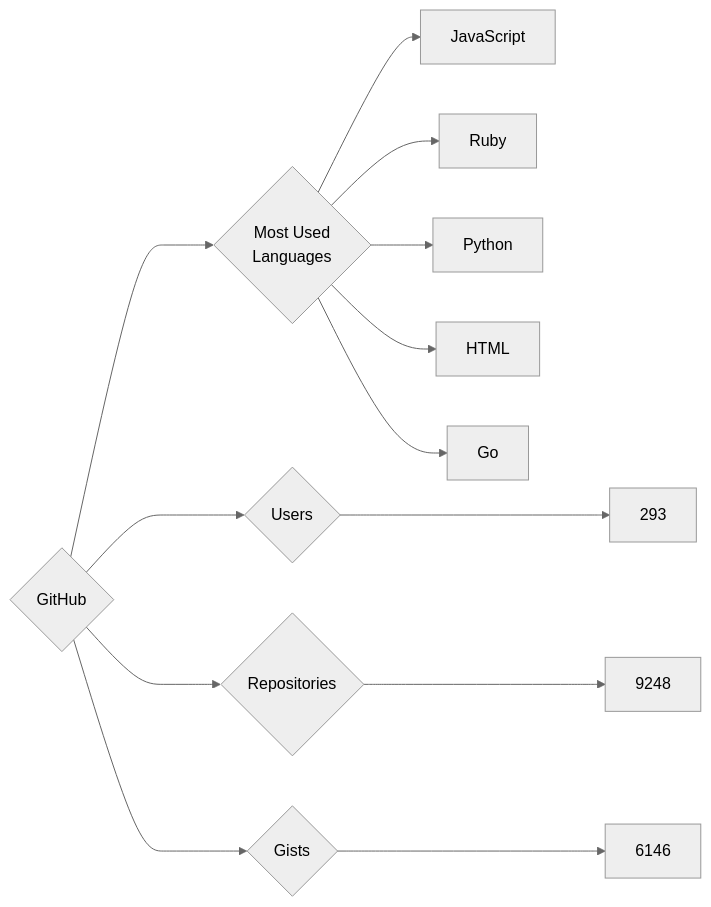
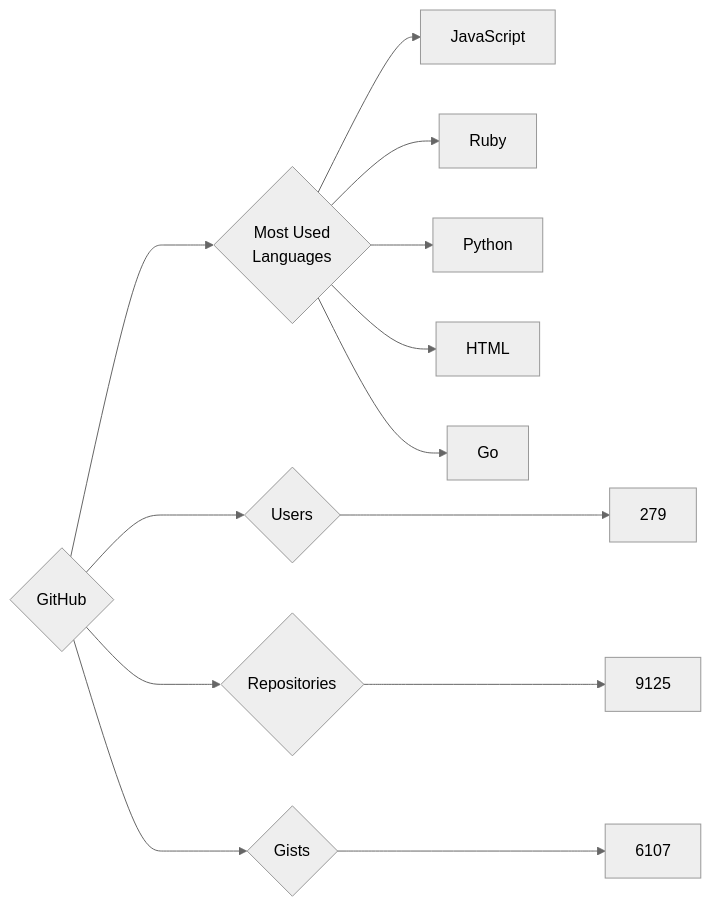
One commit to trickest/insiders changed the diagram in targets/GitHub/README.md. Above: the diagram before and after it, drawn with Mermaid (neutral theme). The commit also changed 749 other files, not shown here.

````diff
--- a/targets/GitHub/README.md
+++ b/targets/GitHub/README.md
@@ -3,13 +3,13 @@
 ```mermaid
 graph LR
 COMPANY_NAME{GitHub}
-COMPANY_NAME ---> U{Users} ---> UN[293]
-COMPANY_NAME ---> R{Repositories} ---> RN[9248]
-COMPANY_NAME ---> G{Gists} ---> GN[6146]
+COMPANY_NAME ---> U{Users} ---> UN[279]
+COMPANY_NAME ---> R{Repositories} ---> RN[9125]
+COMPANY_NAME ---> G{Gists} ---> GN[6107]
 COMPANY_NAME ---> ML{Most Used<br>Languages}
 ML --> JavaScript[JavaScript]
 ML --> Ruby[Ruby]
 ML --> Python[Python]
 ML --> HTML[HTML]
 ML --> Go[Go]
 ```
````
